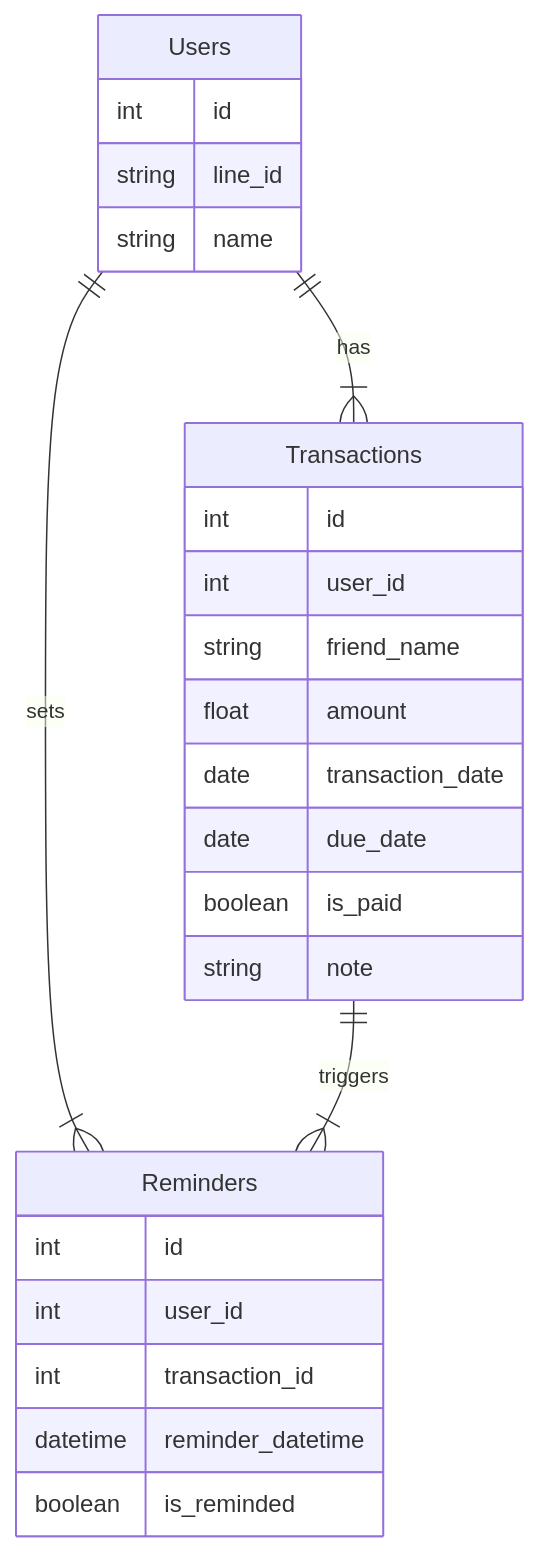
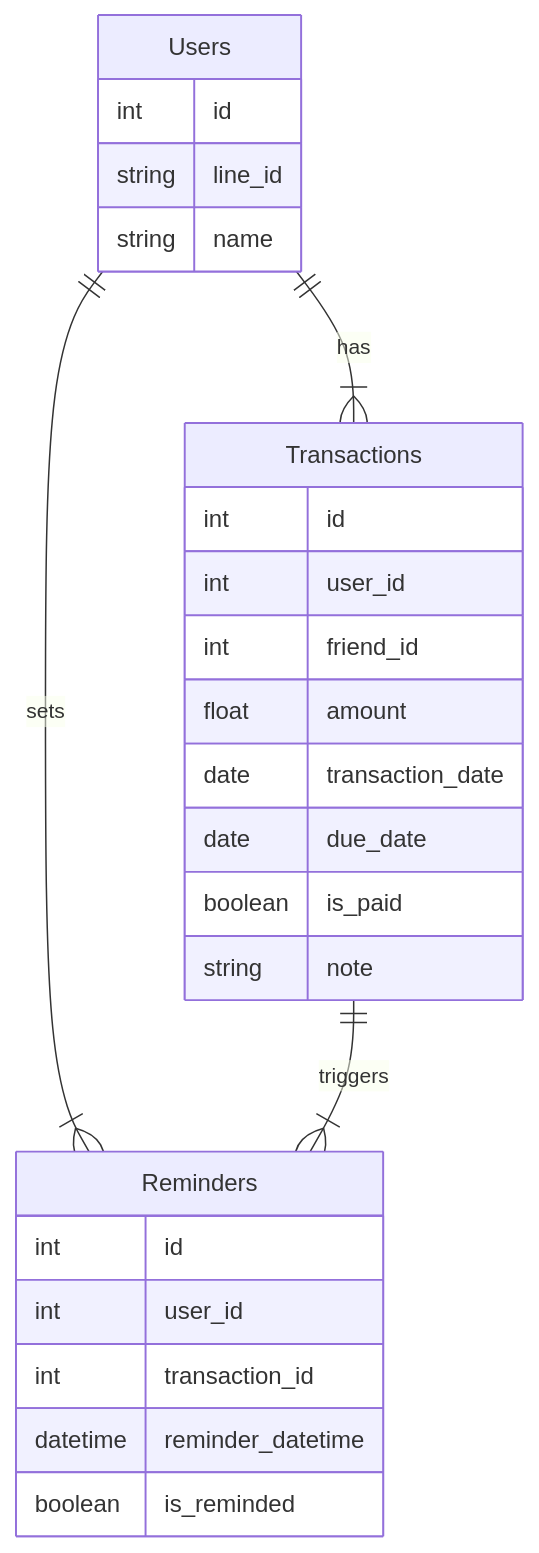
The diagram in docs/er.md (Suto-Michimasa/cashi-caeru), drawn with Mermaid before and after one commit. The commit also changed 13 other files, not shown here.

````diff
--- a/docs/er.md
+++ b/docs/er.md
@@ -1,28 +1,28 @@
 ```mermaid
 erDiagram
     Users ||--|{ Transactions : has
     Users ||--|{ Reminders : sets
     Transactions ||--|{ Reminders : triggers
     Users {
         int id
         string line_id
         string name
     }
     Transactions {
         int id
         int user_id
-        string friend_name
+        int friend_id
         float amount
         date transaction_date
         date due_date
         boolean is_paid
         string note
     }
     Reminders {
         int id
         int user_id
         int transaction_id
         datetime reminder_datetime
         boolean is_reminded
     }
 ```
````
